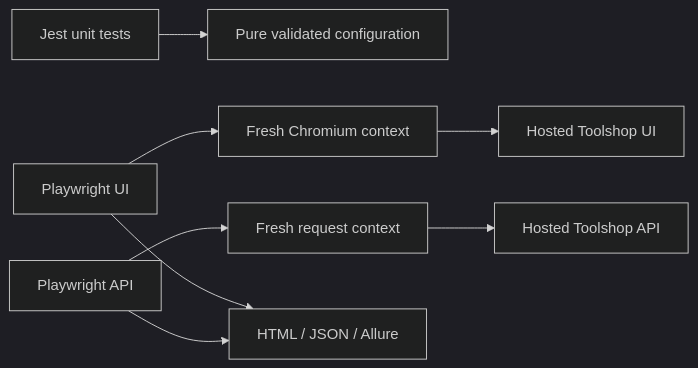
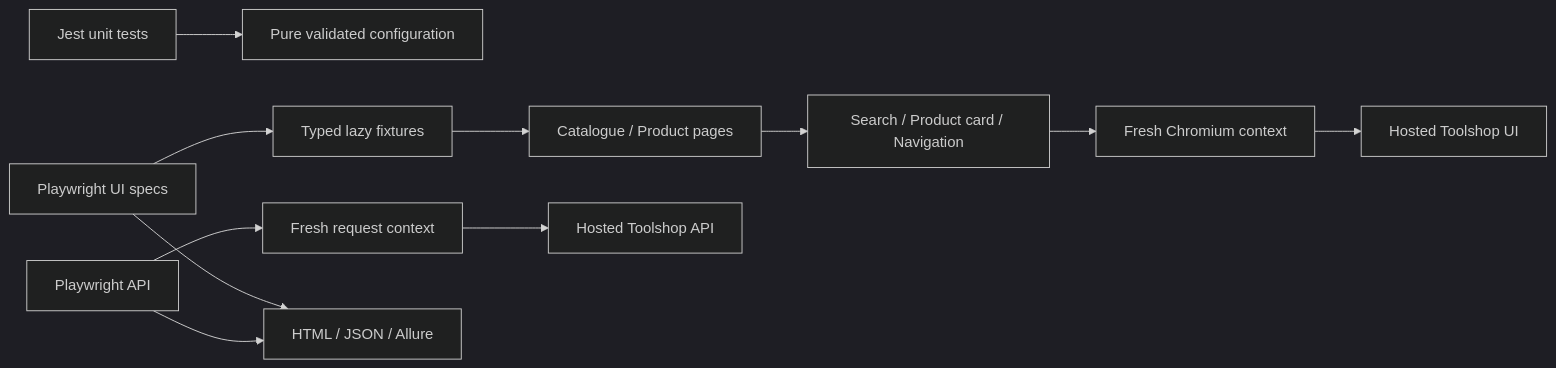
The diagram in README.md (Kunonuk/sdet-automation-patterns-lab), drawn with Mermaid (dark theme) before and after one commit. The commit also changed other lines of this file and 15 other files, not shown here.

Commit message:
feat(ui): compose pages and typed fixtures

````diff
--- a/README.md
+++ b/README.md
@@ -79,10 +81,13 @@
 ```mermaid
 flowchart LR
     Unit[Jest unit tests] --> Config[Pure validated configuration]
-    UI[Playwright UI] --> Browser[Fresh Chromium context]
+    UI[Playwright UI specs] --> Fixtures[Typed lazy fixtures]
+    Fixtures --> Pages[Catalogue / Product pages]
+    Pages --> Components[Search / Product card / Navigation]
+    Components --> Browser[Fresh Chromium context]
     Browser --> Toolshop[Hosted Toolshop UI]
     API[Playwright API] --> HTTP[Fresh request context]
     HTTP --> Service[Hosted Toolshop API]
     UI --> Reports[HTML / JSON / Allure]
     API --> Reports
 ```
````
